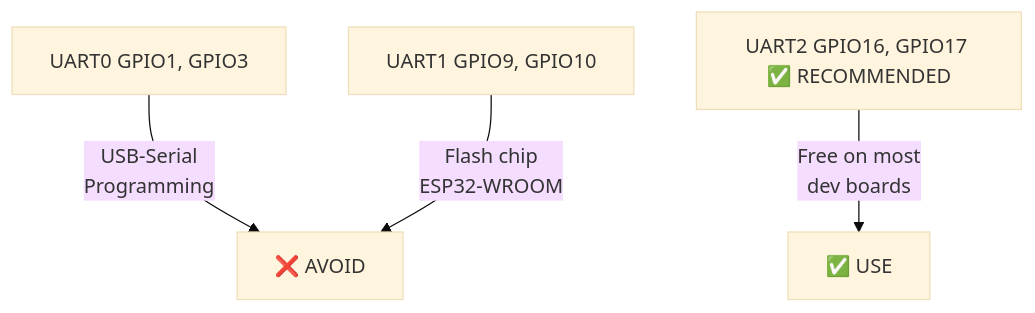
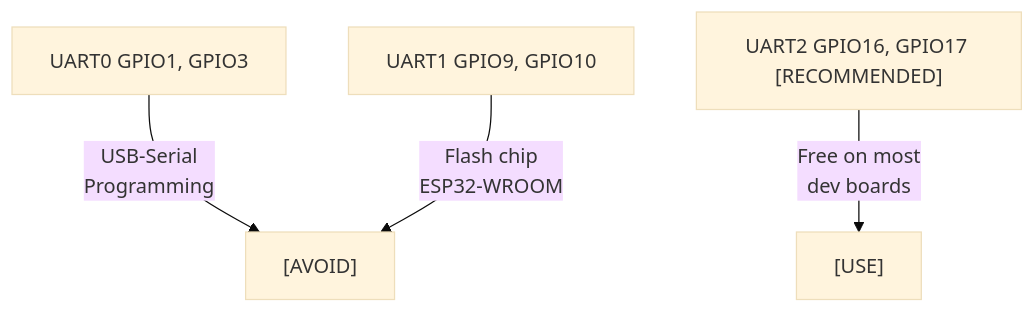
The second of 7 diagrams in docs/WIRING.md (qppd/smart-vehicle-impact-detection-device), drawn with Mermaid (base theme) before and after one commit. The commit also changed other lines of this file and 10 other files, not shown here.

````diff
--- a/docs/WIRING.md
+++ b/docs/WIRING.md
@@ -51,10 +62,10 @@
 ```mermaid
 graph TB
     UART0["UART0 GPIO1, GPIO3"]
     UART1["UART1 GPIO9, GPIO10"]
-    UART2["UART2 GPIO16, GPIO17 ✅ RECOMMENDED"]
+    UART2["UART2 GPIO16, GPIO17 [RECOMMENDED]"]
 
-    UART0 -->|"USB-Serial<br/>Programming"| AVOID["❌ AVOID"]
+    UART0 -->|"USB-Serial<br/>Programming"| AVOID["[AVOID]"]
     UART1 -->|"Flash chip<br/>ESP32-WROOM"| AVOID
-    UART2 -->|"Free on most<br/>dev boards"| USE["✅ USE"]
+    UART2 -->|"Free on most<br/>dev boards"| USE["[USE]"]
 ```
````
